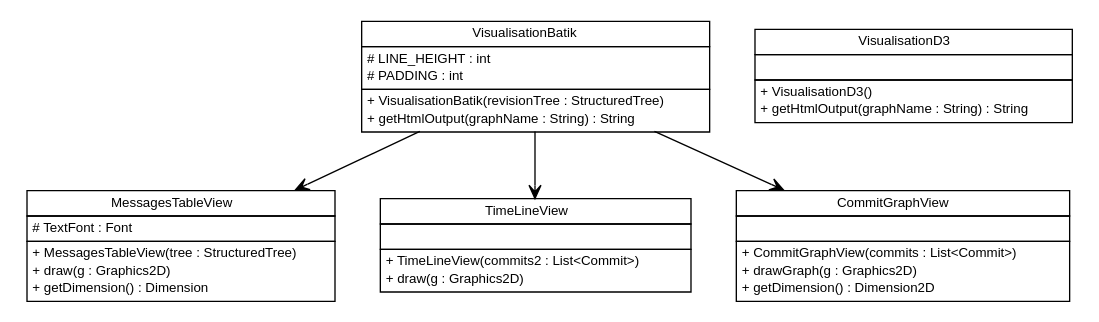
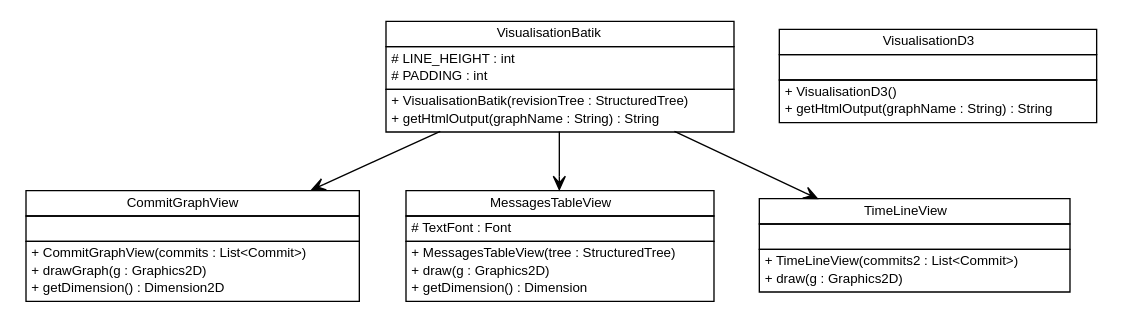
The diagram in site/apidocs/de/tud/plt/r43ples/visualisation/de.tud.plt.r43ples.visualisation.dot (adrianorzyszek/r43ples), drawn with Graphviz before and after one commit. The commit also changed 315 other files, not shown here.

```diff
--- a/site/apidocs/de/tud/plt/r43ples/visualisation/de.tud.plt.r43ples.visualisation.dot
+++ b/site/apidocs/de/tud/plt/r43ples/visualisation/de.tud.plt.r43ples.visualisation.dot
@@ -1,86 +1,86 @@
 #!/usr/local/bin/dot
 #
 # Class diagram 
 # Generated by UMLGraph version R5_6-24-gf6e263 (http://www.umlgraph.org/)
 #
 
 digraph G {
 	edge [fontname="Helvetica",fontsize=10,labelfontname="Helvetica",labelfontsize=10];
 	node [fontname="Helvetica",fontsize=10,shape=plaintext];
 	nodesep=0.25;
 	ranksep=0.5;
+	// de.tud.plt.r43ples.visualisation.CommitGraphView
+	c41 [label=<<table title="de.tud.plt.r43ples.visualisation.CommitGraphView" border="0" cellborder="1" cellspacing="0" cellpadding="2" port="p" href="./CommitGraphView.html">
+		<tr><td><table border="0" cellspacing="0" cellpadding="1">
+<tr><td align="center" balign="center"> CommitGraphView </td></tr>
+		</table></td></tr>
+		<tr><td><table border="0" cellspacing="0" cellpadding="1">
+<tr><td align="left" balign="left">  </td></tr>
+		</table></td></tr>
+		<tr><td><table border="0" cellspacing="0" cellpadding="1">
+<tr><td align="left" balign="left"> + CommitGraphView(commits : List&lt;Commit&gt;) </td></tr>
+<tr><td align="left" balign="left"> + drawGraph(g : Graphics2D) </td></tr>
+<tr><td align="left" balign="left"> + getDimension() : Dimension2D </td></tr>
+		</table></td></tr>
+		</table>>, URL="./CommitGraphView.html", fontname="Helvetica", fontcolor="black", fontsize=10.0];
 	// de.tud.plt.r43ples.visualisation.MessagesTableView
-	c0 [label=<<table title="de.tud.plt.r43ples.visualisation.MessagesTableView" border="0" cellborder="1" cellspacing="0" cellpadding="2" port="p" href="./MessagesTableView.html">
+	c42 [label=<<table title="de.tud.plt.r43ples.visualisation.MessagesTableView" border="0" cellborder="1" cellspacing="0" cellpadding="2" port="p" href="./MessagesTableView.html">
 		<tr><td><table border="0" cellspacing="0" cellpadding="1">
 <tr><td align="center" balign="center"> MessagesTableView </td></tr>
 		</table></td></tr>
 		<tr><td><table border="0" cellspacing="0" cellpadding="1">
 <tr><td align="left" balign="left"> # TextFont : Font </td></tr>
 		</table></td></tr>
 		<tr><td><table border="0" cellspacing="0" cellpadding="1">
 <tr><td align="left" balign="left"> + MessagesTableView(tree : StructuredTree) </td></tr>
 <tr><td align="left" balign="left"> + draw(g : Graphics2D) </td></tr>
 <tr><td align="left" balign="left"> + getDimension() : Dimension </td></tr>
 		</table></td></tr>
 		</table>>, URL="./MessagesTableView.html", fontname="Helvetica", fontcolor="black", fontsize=10.0];
 	// de.tud.plt.r43ples.visualisation.TimeLineView
-	c1 [label=<<table title="de.tud.plt.r43ples.visualisation.TimeLineView" border="0" cellborder="1" cellspacing="0" cellpadding="2" port="p" href="./TimeLineView.html">
+	c43 [label=<<table title="de.tud.plt.r43ples.visualisation.TimeLineView" border="0" cellborder="1" cellspacing="0" cellpadding="2" port="p" href="./TimeLineView.html">
 		<tr><td><table border="0" cellspacing="0" cellpadding="1">
 <tr><td align="center" balign="center"> TimeLineView </td></tr>
 		</table></td></tr>
 		<tr><td><table border="0" cellspacing="0" cellpadding="1">
 <tr><td align="left" balign="left">  </td></tr>
 		</table></td></tr>
 		<tr><td><table border="0" cellspacing="0" cellpadding="1">
 <tr><td align="left" balign="left"> + TimeLineView(commits2 : List&lt;Commit&gt;) </td></tr>
 <tr><td align="left" balign="left"> + draw(g : Graphics2D) </td></tr>
 		</table></td></tr>
 		</table>>, URL="./TimeLineView.html", fontname="Helvetica", fontcolor="black", fontsize=10.0];
-	// de.tud.plt.r43ples.visualisation.CommitGraphView
-	c2 [label=<<table title="de.tud.plt.r43ples.visualisation.CommitGraphView" border="0" cellborder="1" cellspacing="0" cellpadding="2" port="p" href="./CommitGraphView.html">
-		<tr><td><table border="0" cellspacing="0" cellpadding="1">
-<tr><td align="center" balign="center"> CommitGraphView </td></tr>
-		</table></td></tr>
-		<tr><td><table border="0" cellspacing="0" cellpadding="1">
-<tr><td align="left" balign="left">  </td></tr>
-		</table></td></tr>
-		<tr><td><table border="0" cellspacing="0" cellpadding="1">
-<tr><td align="left" balign="left"> + CommitGraphView(commits : List&lt;Commit&gt;) </td></tr>
-<tr><td align="left" balign="left"> + drawGraph(g : Graphics2D) </td></tr>
-<tr><td align="left" balign="left"> + getDimension() : Dimension2D </td></tr>
-		</table></td></tr>
-		</table>>, URL="./CommitGraphView.html", fontname="Helvetica", fontcolor="black", fontsize=10.0];
 	// de.tud.plt.r43ples.visualisation.VisualisationBatik
-	c3 [label=<<table title="de.tud.plt.r43ples.visualisation.VisualisationBatik" border="0" cellborder="1" cellspacing="0" cellpadding="2" port="p" href="./VisualisationBatik.html">
+	c44 [label=<<table title="de.tud.plt.r43ples.visualisation.VisualisationBatik" border="0" cellborder="1" cellspacing="0" cellpadding="2" port="p" href="./VisualisationBatik.html">
 		<tr><td><table border="0" cellspacing="0" cellpadding="1">
 <tr><td align="center" balign="center"> VisualisationBatik </td></tr>
 		</table></td></tr>
 		<tr><td><table border="0" cellspacing="0" cellpadding="1">
 <tr><td align="left" balign="left"> # LINE_HEIGHT : int </td></tr>
 <tr><td align="left" balign="left"> # PADDING : int </td></tr>
 		</table></td></tr>
 		<tr><td><table border="0" cellspacing="0" cellpadding="1">
 <tr><td align="left" balign="left"> + VisualisationBatik(revisionTree : StructuredTree) </td></tr>
 <tr><td align="left" balign="left"> + getHtmlOutput(graphName : String) : String </td></tr>
 		</table></td></tr>
 		</table>>, URL="./VisualisationBatik.html", fontname="Helvetica", fontcolor="black", fontsize=10.0];
 	// de.tud.plt.r43ples.visualisation.VisualisationD3
-	c4 [label=<<table title="de.tud.plt.r43ples.visualisation.VisualisationD3" border="0" cellborder="1" cellspacing="0" cellpadding="2" port="p" href="./VisualisationD3.html">
+	c45 [label=<<table title="de.tud.plt.r43ples.visualisation.VisualisationD3" border="0" cellborder="1" cellspacing="0" cellpadding="2" port="p" href="./VisualisationD3.html">
 		<tr><td><table border="0" cellspacing="0" cellpadding="1">
 <tr><td align="center" balign="center"> VisualisationD3 </td></tr>
 		</table></td></tr>
 		<tr><td><table border="0" cellspacing="0" cellpadding="1">
 <tr><td align="left" balign="left">  </td></tr>
 		</table></td></tr>
 		<tr><td><table border="0" cellspacing="0" cellpadding="1">
 <tr><td align="left" balign="left"> + VisualisationD3() </td></tr>
 <tr><td align="left" balign="left"> + getHtmlOutput(graphName : String) : String </td></tr>
 		</table></td></tr>
 		</table>>, URL="./VisualisationD3.html", fontname="Helvetica", fontcolor="black", fontsize=10.0];
 	// de.tud.plt.r43ples.visualisation.VisualisationBatik NAVASSOC de.tud.plt.r43ples.visualisation.TimeLineView
-	c3:p -> c1:p [taillabel="", label="", headlabel="", fontname="Helvetica", fontcolor="black", fontsize=10.0, color="black", arrowhead=open];
+	c44:p -> c43:p [taillabel="", label="", headlabel="", fontname="Helvetica", fontcolor="black", fontsize=10.0, color="black", arrowhead=open];
 	// de.tud.plt.r43ples.visualisation.VisualisationBatik NAVASSOC de.tud.plt.r43ples.visualisation.CommitGraphView
-	c3:p -> c2:p [taillabel="", label="", headlabel="", fontname="Helvetica", fontcolor="black", fontsize=10.0, color="black", arrowhead=open];
+	c44:p -> c41:p [taillabel="", label="", headlabel="", fontname="Helvetica", fontcolor="black", fontsize=10.0, color="black", arrowhead=open];
 	// de.tud.plt.r43ples.visualisation.VisualisationBatik NAVASSOC de.tud.plt.r43ples.visualisation.MessagesTableView
-	c3:p -> c0:p [taillabel="", label="", headlabel="", fontname="Helvetica", fontcolor="black", fontsize=10.0, color="black", arrowhead=open];
+	c44:p -> c42:p [taillabel="", label="", headlabel="", fontname="Helvetica", fontcolor="black", fontsize=10.0, color="black", arrowhead=open];
 }
```
